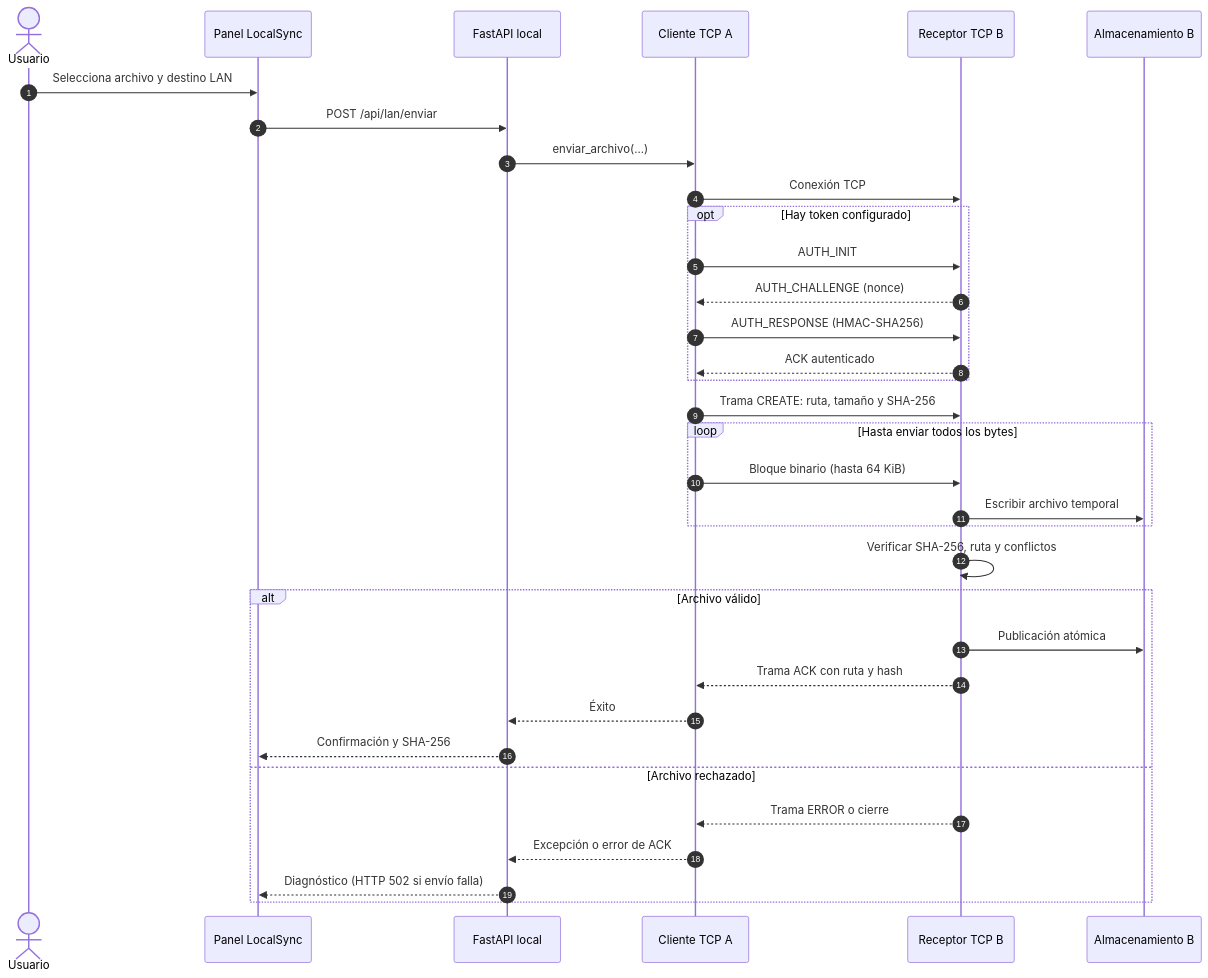
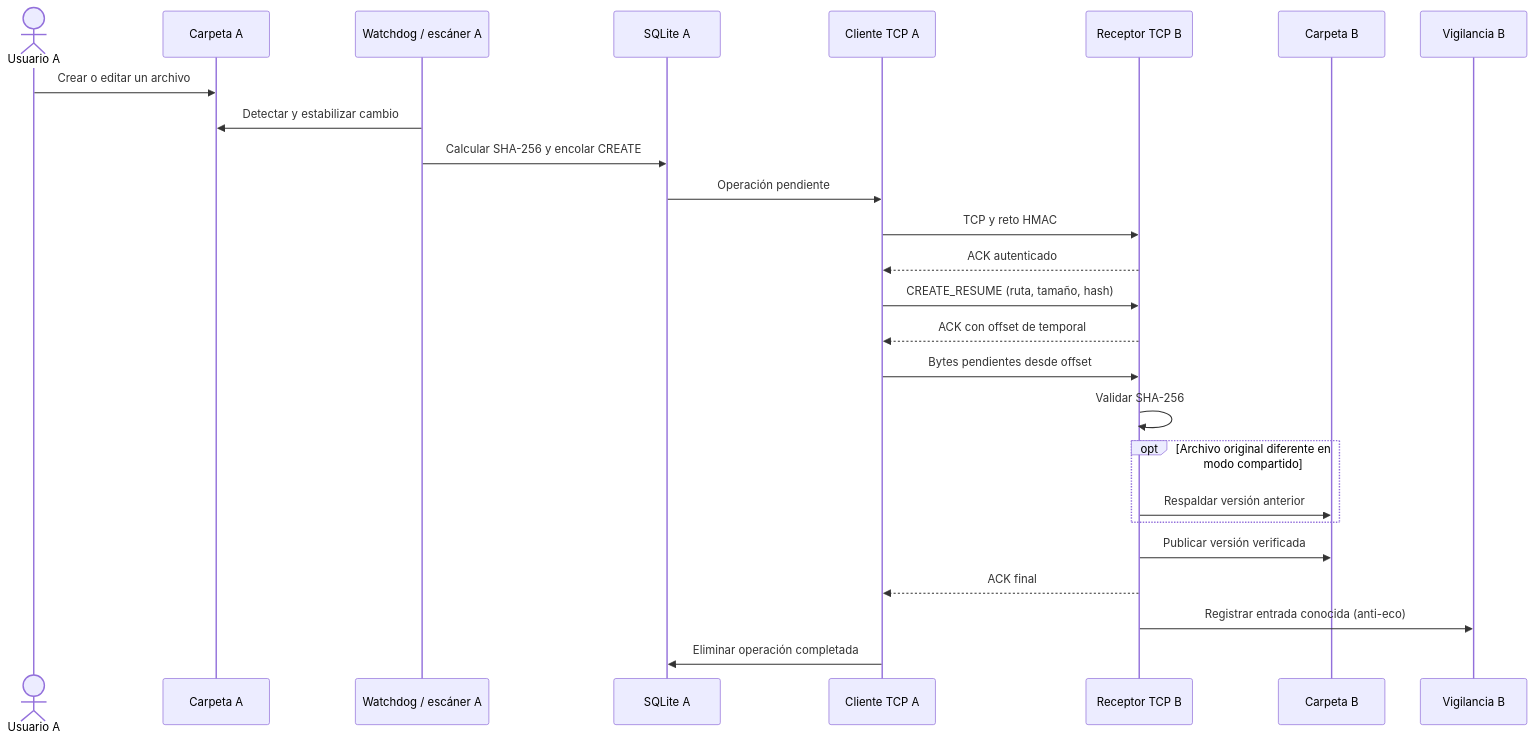
Before and after one commit to Codeforgeettttt/localsync-lan-engine_SistemasOperativos_G1: the third of 6 diagrams in documentacion/ARQUITECTURA.md, drawn with Mermaid. The commit also changed other lines of this file, not shown here.

Commit message:
docs(architecture): reflejar réplica real, Watchdog, reanudación, cola, descubrimiento y despliegue

````diff
--- a/documentacion/ARQUITECTURA.md
+++ b/documentacion/ARQUITECTURA.md
@@ -84,37 +79,29 @@
 ```mermaid
 sequenceDiagram
-    autonumber
-    actor U as Usuario
-    participant GUI as Panel LocalSync
-    participant API as FastAPI local
-    participant TX as Cliente TCP A
+    actor Persona as Usuario A
+    participant FA as Carpeta A
+    participant W as Watchdog / escáner A
+    participant DB as SQLite A
+    participant CLI as Cliente TCP A
     participant RX as Receptor TCP B
-    participant FS as Almacenamiento B
+    participant FB as Carpeta B
+    participant WB as Vigilancia B
 
-    U->>GUI: Selecciona archivo y destino LAN
-    GUI->>API: POST /api/lan/enviar
-    API->>TX: enviar_archivo(...)
-    TX->>RX: Conexión TCP
-    opt Hay token configurado
-      TX->>RX: AUTH_INIT
-      RX-->>TX: AUTH_CHALLENGE (nonce)
-      TX->>RX: AUTH_RESPONSE (HMAC-SHA256)
-      RX-->>TX: ACK autenticado
+    Persona->>FA: Crear o editar un archivo
+    W->>FA: Detectar y estabilizar cambio
+    W->>DB: Calcular SHA-256 y encolar CREATE
+    DB->>CLI: Operación pendiente
+    CLI->>RX: TCP y reto HMAC
+    RX-->>CLI: ACK autenticado
+    CLI->>RX: CREATE_RESUME (ruta, tamaño, hash)
+    RX-->>CLI: ACK con offset de temporal
+    CLI->>RX: Bytes pendientes desde offset
+    RX->>RX: Validar SHA-256
+    opt Archivo original diferente en modo compartido
+      RX->>FB: Respaldar versión anterior
     end
-    TX->>RX: Trama CREATE: ruta, tamaño y SHA-256
-    loop Hasta enviar todos los bytes
-      TX->>RX: Bloque binario (hasta 64 KiB)
-      RX->>FS: Escribir archivo temporal
-    end
-    RX->>RX: Verificar SHA-256, ruta y conflictos
-    alt Archivo válido
-      RX->>FS: Publicación atómica
-      RX-->>TX: Trama ACK con ruta y hash
-      TX-->>API: Éxito
-      API-->>GUI: Confirmación y SHA-256
-    else Archivo rechazado
-      RX-->>TX: Trama ERROR o cierre
-      TX-->>API: Excepción o error de ACK
-      API-->>GUI: Diagnóstico (HTTP 502 si envío falla)
-    end
+    RX->>FB: Publicar versión verificada
+    RX-->>CLI: ACK final
+    RX->>WB: Registrar entrada conocida (anti-eco)
+    CLI->>DB: Eliminar operación completada
 ```
````
